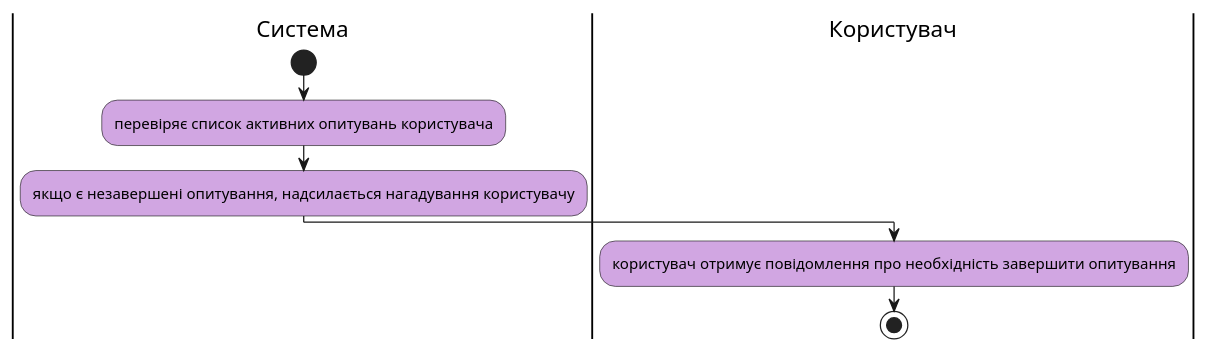
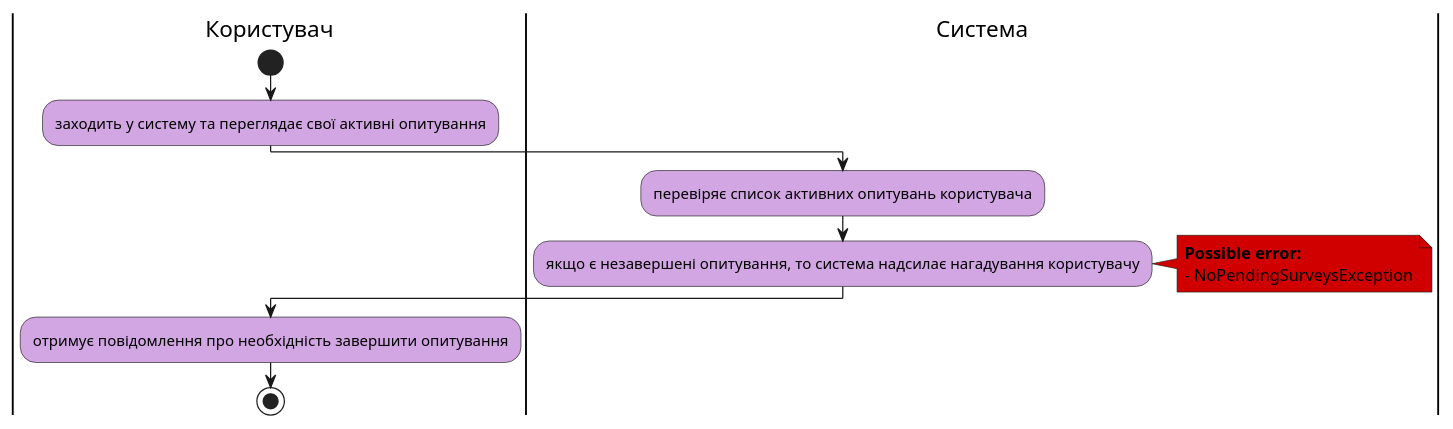
Before and after one commit to sunnytea0/db_labs_my: diagram 14 of 15 in docs/use cases/README.md, drawn with PlantUML. The commit also changed other lines of this file and 1 other file, not shown here.

Commit message:
#38: made changes to reminder and delete scripts
made changes to reminder and delete scripts

```diff
--- a/docs/use cases/README.md
+++ b/docs/use cases/README.md
@@ -567,14 +567,21 @@
 @startuml
 
     skinparam ActivityBackgroundColor #d1a6e2
 
+    |Користувач|
+    start;
+    :заходить у систему та переглядає свої активні опитування;
+
     |Система|
-    start;
     :перевіряє список активних опитувань користувача;
-    :якщо є незавершені опитування, надсилається нагадування користувачу;
+    :якщо є незавершені опитування, то система надсилає нагадування користувачу;
+    note right #D10000
+    <b>Possible error:
+    - NoPendingSurveysException
+    end note
 
     |Користувач|
-    :користувач отримує повідомлення про необхідність завершити опитування;
+    :отримує повідомлення про необхідність завершити опитування;
     stop;
 
 @enduml
```
